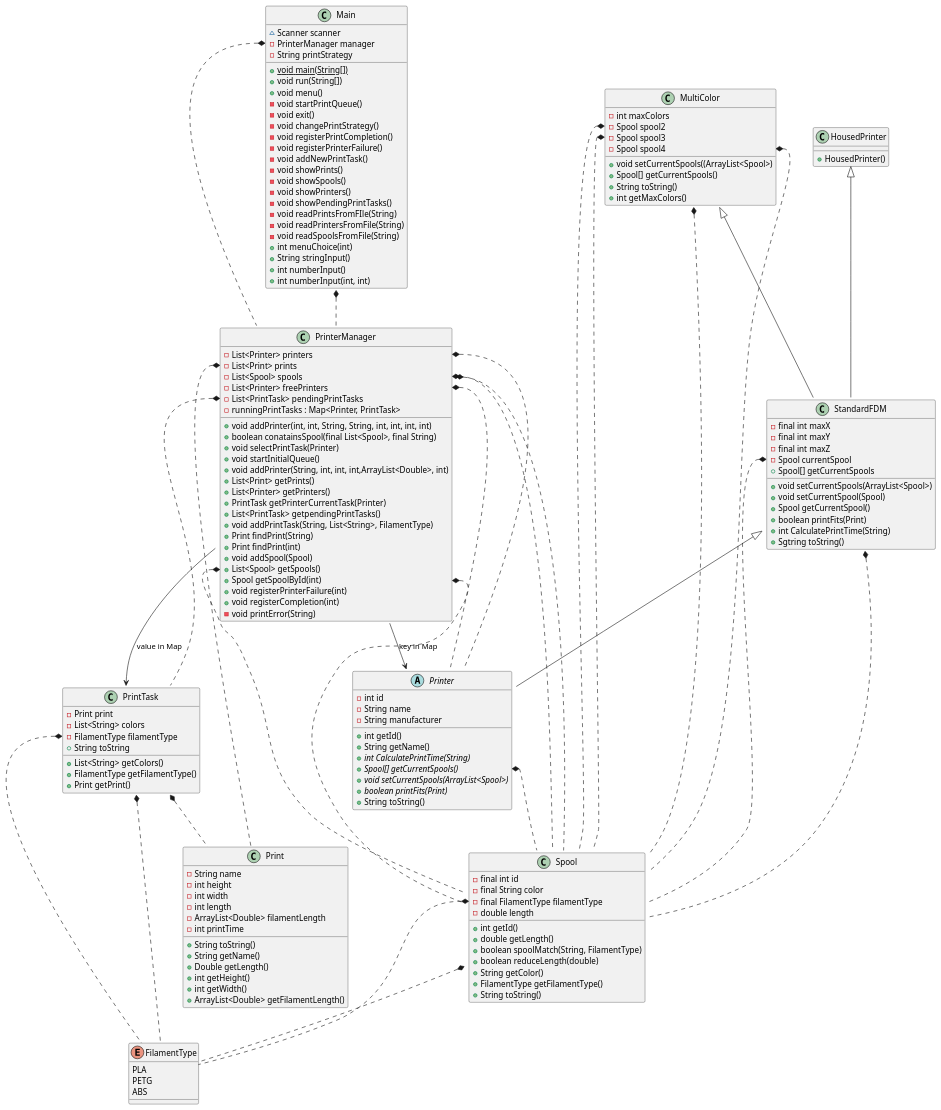
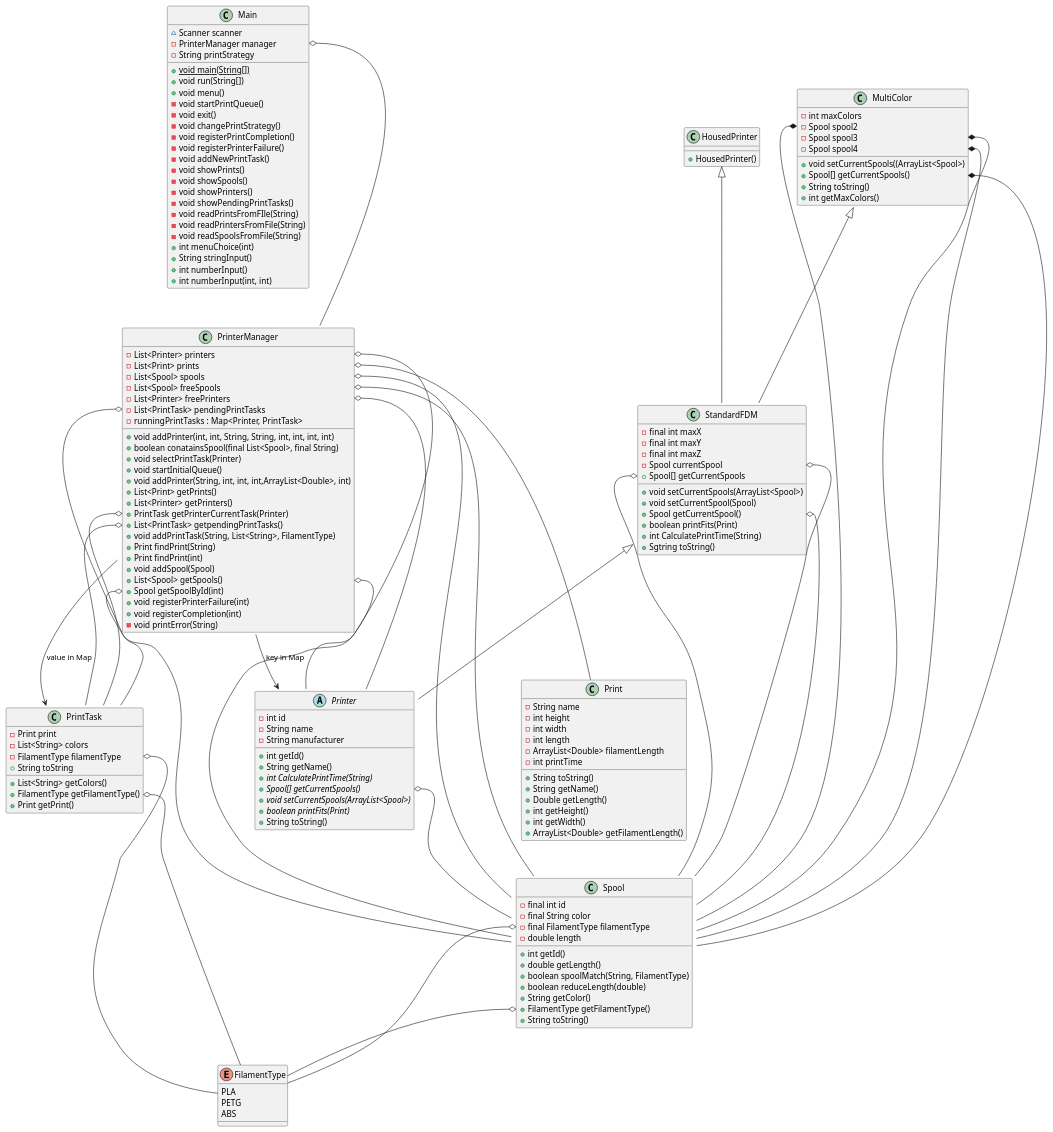
Before and after one commit to mhountsword/SysteemOntwerp: the diagram in 3dprintscheduler-main/docs/diagrams/OldCaseClassDiagram.puml, drawn with PlantUML. The commit also changed 2 other files, not shown here.

Commit message:
classDiagram edited

```diff
--- a/3dprintscheduler-main/docs/diagrams/OldCaseClassDiagram.puml
+++ b/3dprintscheduler-main/docs/diagrams/OldCaseClassDiagram.puml
@@ -1,167 +1,168 @@
 @startuml
 abstract class Printer{
 - int id
 -String name
 -String manufacturer
 + int getId()
 + String getName()
 + {abstract} int CalculatePrintTime(String)
 + {abstract} Spool[] getCurrentSpools()
 +{abstract} void setCurrentSpools(ArrayList<Spool>)
 + {abstract} boolean printFits(Print)
 +String toString()
 }
 enum FilamentType{
     PLA
     PETG
     ABS
 }
 class HousedPrinter{
 + HousedPrinter()
 }
 class MultiColor{
 - int maxColors
 - Spool spool2
 - Spool spool3
 - Spool spool4
 + void setCurrentSpools((ArrayList<Spool>)
 + Spool[] getCurrentSpools()
 +String toString()
 +int getMaxColors()
 }
 class Print{
 -String name
 -int height
 -int width
 -int length
 -ArrayList<Double> filamentLength
 -int printTime
 +String toString()
 +String getName()
 +Double getLength()
 +int getHeight()
 +int getWidth()
 + ArrayList<Double> getFilamentLength()
 }
 class PrintTask{
 -Print print
 -List<String> colors
 -FilamentType filamentType
 + List<String> getColors()
 +FilamentType getFilamentType()
 +Print getPrint()
 +String toString
 }
 class Spool{
 -final int id
 -final String color
 - final FilamentType filamentType
 -double length
 +int getId()
 +double getLength()
 +boolean spoolMatch(String, FilamentType)
 +boolean reduceLength(double)
 +String getColor()
 +FilamentType getFilamentType()
 +String toString()
 }
 class StandardFDM{
 -final int maxX
 -final int maxY
 -final int maxZ
 -Spool currentSpool
 +void setCurrentSpools(ArrayList<Spool>)
 +void setCurrentSpool(Spool)
 +Spool getCurrentSpool()
 +Spool[] getCurrentSpools
 +boolean printFits(Print)
 +int CalculatePrintTime(String)
 +Sgtring toString()
 }
 class PrinterManager{
 -List<Printer> printers
 - List<Print> prints
 -List<Spool> spools
+-List<Spool> freeSpools
 -List<Printer> freePrinters
 -List<PrintTask> pendingPrintTasks
 - runningPrintTasks : Map<Printer, PrintTask>
 +void addPrinter(int, int, String, String, int, int, int, int)
 +boolean conatainsSpool(final List<Spool>, final String)
 +void selectPrintTask(Printer)
 +void startInitialQueue()
 +void addPrinter(String, int, int, int,ArrayList<Double>, int)
 +List<Print> getPrints()
 +List<Printer> getPrinters()
 +PrintTask getPrinterCurrentTask(Printer)
 +List<PrintTask> getpendingPrintTasks()
 +void addPrintTask(String, List<String>, FilamentType)
 +Print findPrint(String)
 +Print findPrint(int)
 +void addSpool(Spool)
 +List<Spool> getSpools()
 +Spool getSpoolById(int)
 +void registerPrinterFailure(int)
 +void registerCompletion(int)
 -void printError(String)
 }
 class Main{
 ~Scanner scanner
 -PrinterManager manager
 -String printStrategy
 +{static} void main(String[])
 +void run(String[])
 +void menu()
 -void startPrintQueue()
 -void exit()
 -void changePrintStrategy()
 -void registerPrintCompletion()
 -void registerPrinterFailure()
 -void addNewPrintTask()
 -void showPrints()
 -void showSpools()
 -void showPrinters()
 -void showPendingPrintTasks()
 -void readPrintsFromFIle(String)
 -void readPrintersFromFile(String)
 -void readSpoolsFromFile(String)
 +int menuChoice(int)
 +String stringInput()
 +int numberInput()
 +int numberInput(int, int)
 }
 
 StandardFDM <|-- Printer
 MultiColor <|-- StandardFDM
 HousedPrinter <|-- StandardFDM
-PrintTask *.. FilamentType
-PrintTask *.. Print
-MultiColor *.. Spool
-Spool *.. FilamentType
-StandardFDM *.. Spool
-Main *.. PrinterManager
-PrinterManager::printers *.. Printer
-PrinterManager::prints *.. Print
-PrinterManager::spools *.. Spool
-PrinterManager::freeSpools *.. Spool
-PrinterManager::freePrinters *.. Printer
-PrinterManager::pendingPrintTask *.. PrintTask
+Spool::getFilamentType o-- FilamentType
+StandardFDM::getCurrentSpools o-- Spool
+PrinterManager::printers o-- Printer
+PrinterManager::prints o-- Print
+PrinterManager::spools o-- Spool
+PrinterManager::freeSpools o-- Spool
+PrinterManager::freePrinters o-- Printer
+PrinterManager::pendingPrintTask o-- PrintTask
 PrinterManager--> Printer : "key in Map"
 PrinterManager--> PrintTask : "value in Map"
-PrinterManager::getSpoolById *.. Spool
-PrinterManager::getSpools *.. Spool
-Printer::getCurrentSpools *.. Spool
-StandardFDM::currentSpool *.. Spool
-Spool::filamentType *.. FilamentType
-PrintTask::filamentType *.. FilamentType
-Main::manager *.. PrinterManager
-MultiColor::spool2 *.. Spool
-MultiColor::spool3 *.. Spool
-MultiColor::spool4 *.. Spool
-
+PrinterManager::getSpoolById o-- Spool
+PrinterManager::getSpools o-- Spool
+PrinterManager::getPrinterCurrentTask o-- PrintTask
+PrinterManager::getpendingPrintTasks o-- PrintTask
+Printer::getCurrentSpools o-- Spool
+StandardFDM::currentSpool o-- Spool
+StandardFDM::getCurrentSpool o--Spool
+Spool::filamentType o-- FilamentType
+PrintTask::filamentType o-- FilamentType
+PrintTask::getFilamentType o-- FilamentType
+Main::manager o-- PrinterManager
+MultiColor::spool2 *--Spool
+MultiColor::spool3 *-- Spool
+MultiColor::spool4 *-- Spool
+MultiColor::getCurrentSpools *-- Spool
 
 
 
 
 
 
 @enduml
```
